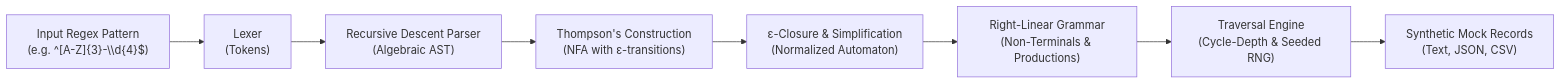
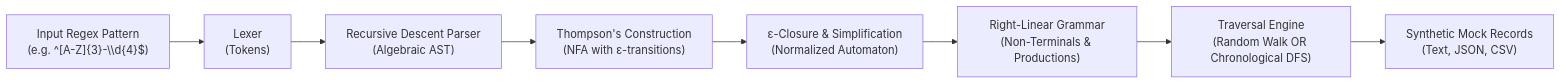
The diagram in README.md (Zero-Base-1/grammarmock), drawn with Mermaid before and after one commit. The commit also changed other lines of this file and 17 other files, not shown here.

````diff
--- a/README.md
+++ b/README.md
@@ -16,10 +18,10 @@
 ```mermaid
 flowchart LR
     A["Input Regex Pattern\n(e.g. ^[A-Z]{3}-\\d{4}$)"] --> B["Lexer\n(Tokens)"]
     B --> C["Recursive Descent Parser\n(Algebraic AST)"]
     C --> D["Thompson's Construction\n(NFA with ε-transitions)"]
     D --> E["ε-Closure & Simplification\n(Normalized Automaton)"]
     E --> F["Right-Linear Grammar\n(Non-Terminals & Productions)"]
-    F --> G["Traversal Engine\n(Cycle-Depth & Seeded RNG)"]
+    F --> G["Traversal Engine\n(Random Walk OR Chronological DFS)"]
     G --> H["Synthetic Mock Records\n(Text, JSON, CSV)"]
 ```
````
